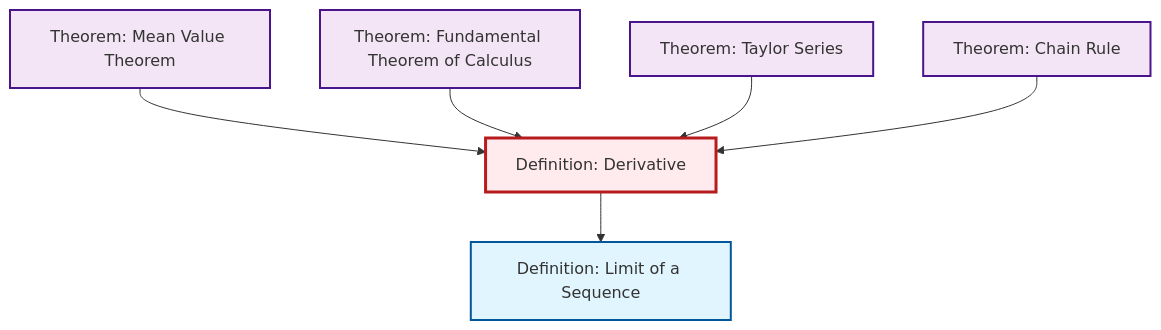
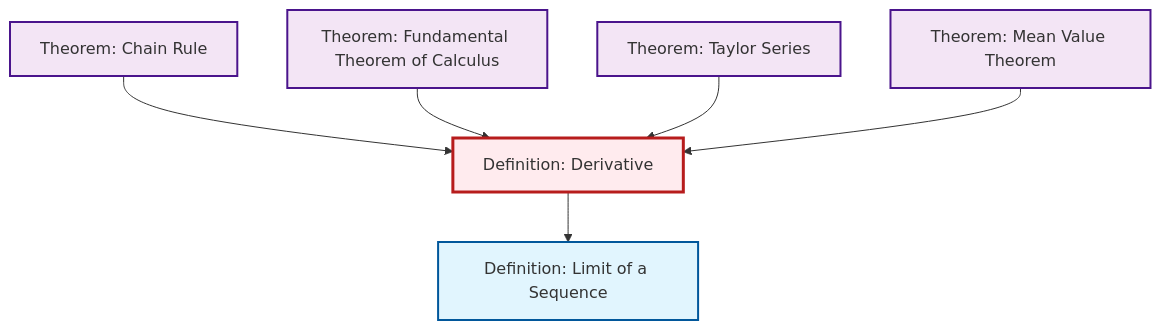
One commit to RK0429/ModernMath changed the second of 2 diagrams in content/ja/analysis/def-derivative.qmd. Above: the diagram before and after it, drawn with Mermaid. The commit also changed other lines of this file and 654 other files, not shown here.

````diff
--- a/content/ja/analysis/def-derivative.qmd
+++ b/content/ja/analysis/def-derivative.qmd
@@ -89,26 +89,26 @@
 ```{mermaid}
 %%| fig-cap: "Local dependency graph"
 graph TD
     classDef definition fill:#e1f5fe,stroke:#01579b,stroke-width:2px
     classDef theorem fill:#f3e5f5,stroke:#4a148c,stroke-width:2px
     classDef axiom fill:#fff3e0,stroke:#e65100,stroke-width:2px
     classDef example fill:#e8f5e9,stroke:#1b5e20,stroke-width:2px
     classDef current fill:#ffebee,stroke:#b71c1c,stroke-width:3px
-    thm-chain-rule["Theorem: Chain Rule"]:::theorem
     def-derivative["Definition: Derivative"]:::definition
-    thm-mean-value["Theorem: Mean Value Theorem"]:::theorem
-    def-limit["Definition: Limit of a Sequence"]:::definition
     thm-taylor-series["Theorem: Taylor Series"]:::theorem
     thm-fundamental-calculus["Theorem: Fundamental Theorem of Calculus"]:::theorem
-    thm-mean-value --> def-derivative
+    def-limit["Definition: Limit of a Sequence"]:::definition
+    thm-mean-value["Theorem: Mean Value Theorem"]:::theorem
+    thm-chain-rule["Theorem: Chain Rule"]:::theorem
+    thm-chain-rule --> def-derivative
     thm-fundamental-calculus --> def-derivative
     thm-taylor-series --> def-derivative
     def-derivative --> def-limit
-    thm-chain-rule --> def-derivative
+    thm-mean-value --> def-derivative
     class def-derivative current
-    click thm-chain-rule "thm-chain-rule.html" "Theorem: Chain Ruleへ"
-    click thm-mean-value "thm-mean-value.html" "Theorem: Mean Value Theoremへ"
-    click def-limit "def-limit.html" "Definition: Limit of a Sequenceへ"
     click thm-taylor-series "thm-taylor-series.html" "Theorem: Taylor Seriesへ"
     click thm-fundamental-calculus "thm-fundamental-calculus.html" "Theorem: Fundamental Theorem of Calculusへ"
+    click def-limit "def-limit.html" "Definition: Limit of a Sequenceへ"
+    click thm-mean-value "thm-mean-value.html" "Theorem: Mean Value Theoremへ"
+    click thm-chain-rule "thm-chain-rule.html" "Theorem: Chain Ruleへ"
 ```
````
